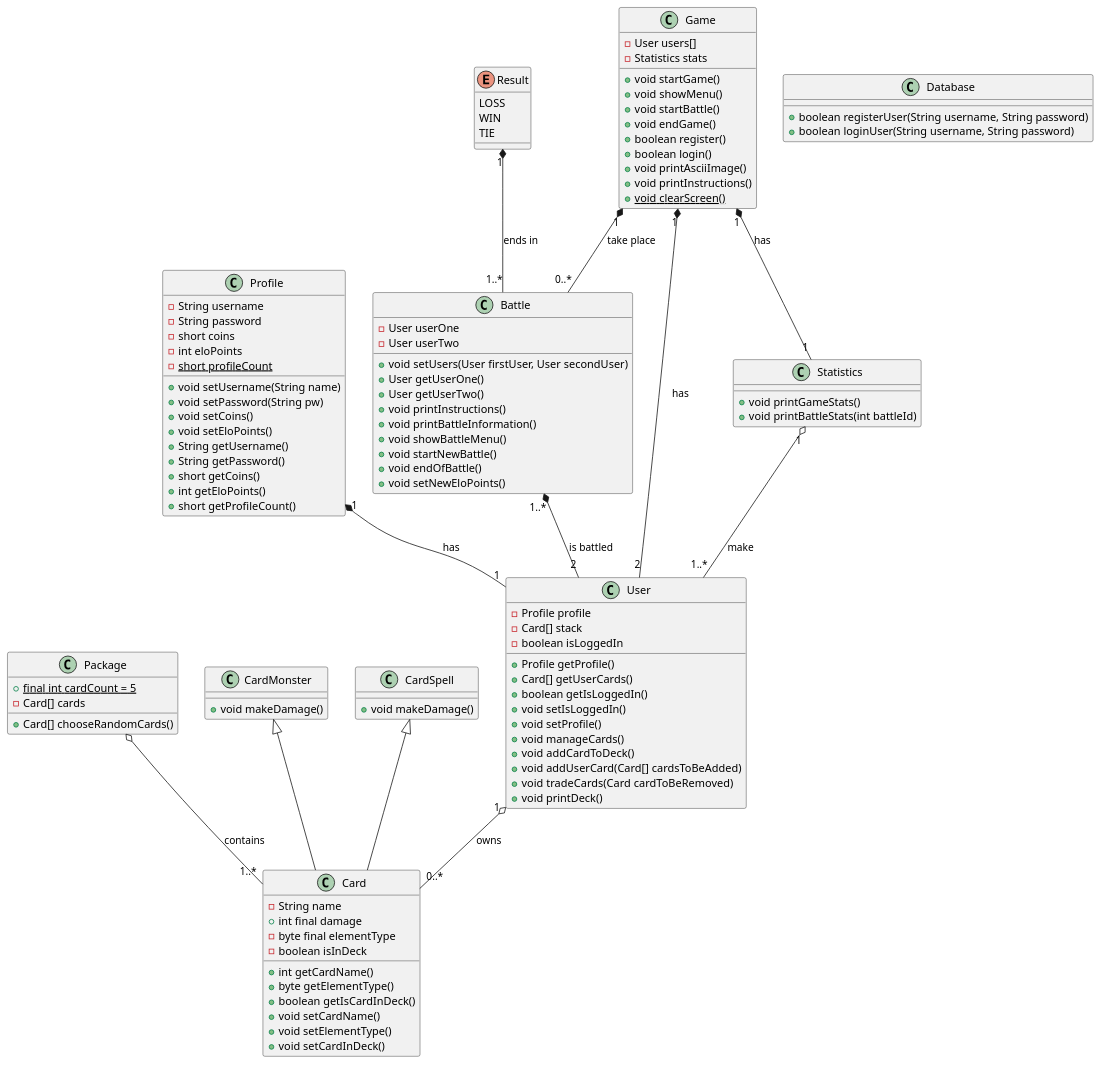
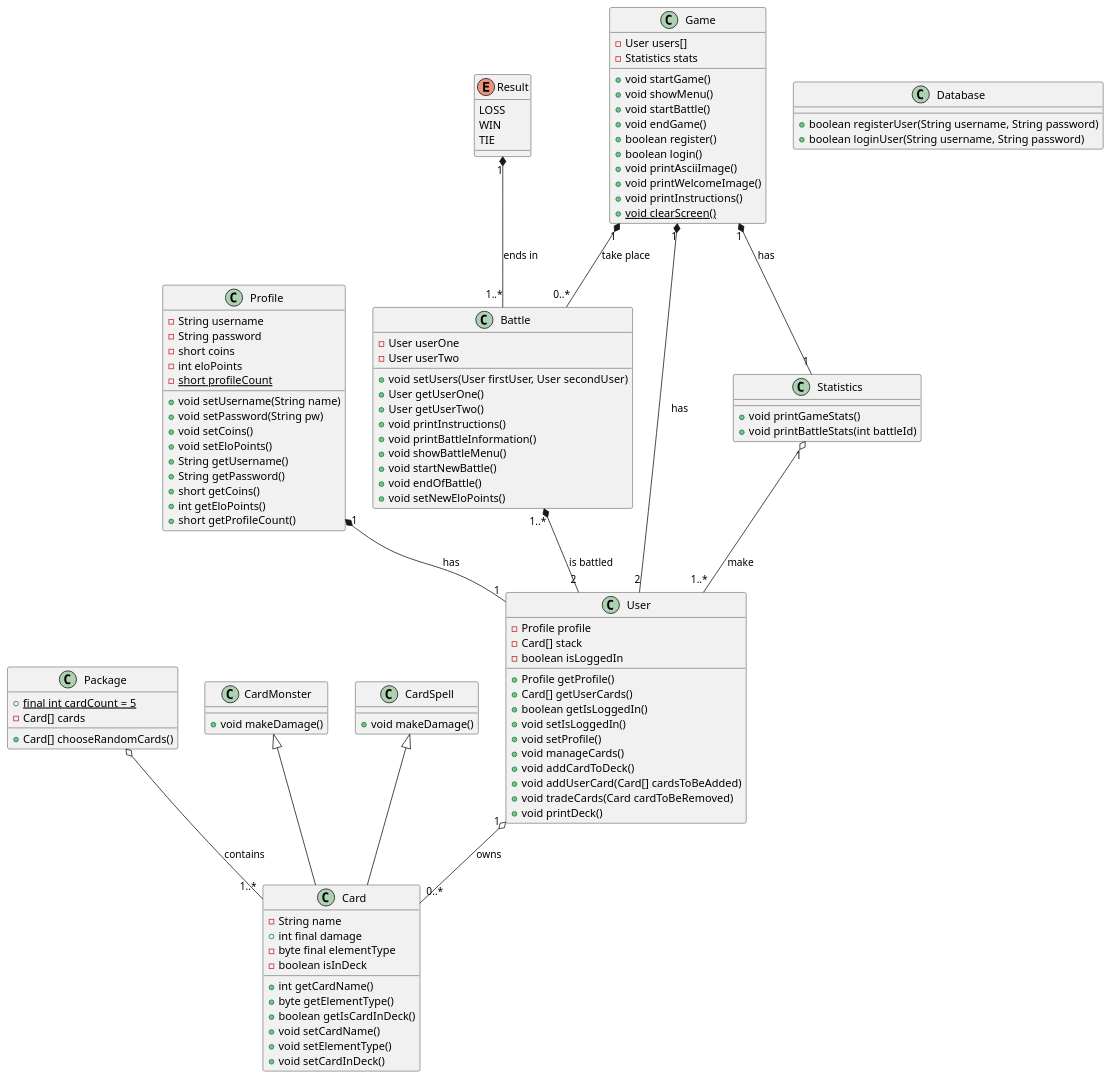
The diagram in src/main/java/projekt.puml (VladanPetkovic/SE_Semesterprojekt), drawn with PlantUML before and after one commit. The commit also changed 7 other files, not shown here.

```diff
--- a/src/main/java/projekt.puml
+++ b/src/main/java/projekt.puml
@@ -1,118 +1,119 @@
 @startuml
 class User
 {
     -Profile profile
     -Card[] stack
     -boolean isLoggedIn
     +Profile getProfile()
     +Card[] getUserCards()
     +boolean getIsLoggedIn()
     +void setIsLoggedIn()
     +void setProfile()
     +void manageCards()
     +void addCardToDeck()
     +void addUserCard(Card[] cardsToBeAdded)
     +void tradeCards(Card cardToBeRemoved)
     +void printDeck()
 }
 class Profile
 {
     -String username
     -String password
     -short coins
     -int eloPoints
     -{static} short profileCount
     +void setUsername(String name)
     +void setPassword(String pw)
     +void setCoins()
     +void setEloPoints()
     +String getUsername()
     +String getPassword()
     +short getCoins()
     +int getEloPoints()
     +short getProfileCount()
 }
 enum Result
 {
     LOSS
     WIN
     TIE
 }
 class Package
 {
     +{static} final int cardCount = 5
     -Card[] cards
     +Card[] chooseRandomCards()
 }
 class Card
 {
     -String name
     +int final damage
     -byte final elementType
     -boolean isInDeck
     +int getCardName()
     +byte getElementType()
     +boolean getIsCardInDeck()
     +void setCardName()
     +void setElementType()
     +void setCardInDeck()
 }
 class CardMonster
 {
     +void makeDamage()
 }
 class CardSpell
 {
     +void makeDamage()
 }
 class Battle
 {
     -User userOne
     -User userTwo
     +void setUsers(User firstUser, User secondUser)
     +User getUserOne()
     +User getUserTwo()
     +void printInstructions()
     +void printBattleInformation()
     +void showBattleMenu()
     +void startNewBattle()
     +void endOfBattle()
     +void setNewEloPoints()
 }
 class Game
 {
     -User users[]
     -Statistics stats
     +void startGame()
     +void showMenu()
     +void startBattle()
     +void endGame()
     +boolean register()
     +boolean login()
     +void printAsciiImage()
+    +void printWelcomeImage()
     +void printInstructions()
     +{static} void clearScreen()
 }
 class Statistics
 {
     +void printGameStats()
     +void printBattleStats(int battleId)
 }
 class Database
 {
     +boolean registerUser(String username, String password)
     +boolean loginUser(String username, String password)
 }
 
 CardMonster <|-- Card
 CardSpell <|-- Card
 User "1" o-- "0..*" Card : "owns"
 Game "1" *-- "0..*" Battle : "take place"
 Game "1" *-- "1" Statistics : "has"
 Game "1" *-- "2" User : "has"
 Package o-- "1..*" Card : "contains"
 Battle "1..*" *-- "2" User : "is battled"
 Result "1" *-- "1..*" Battle : "ends in"
 Statistics "1" o-- "1..*" User : "make"
 Profile "1" *-- "1" User : "has"
 @enduml
```
